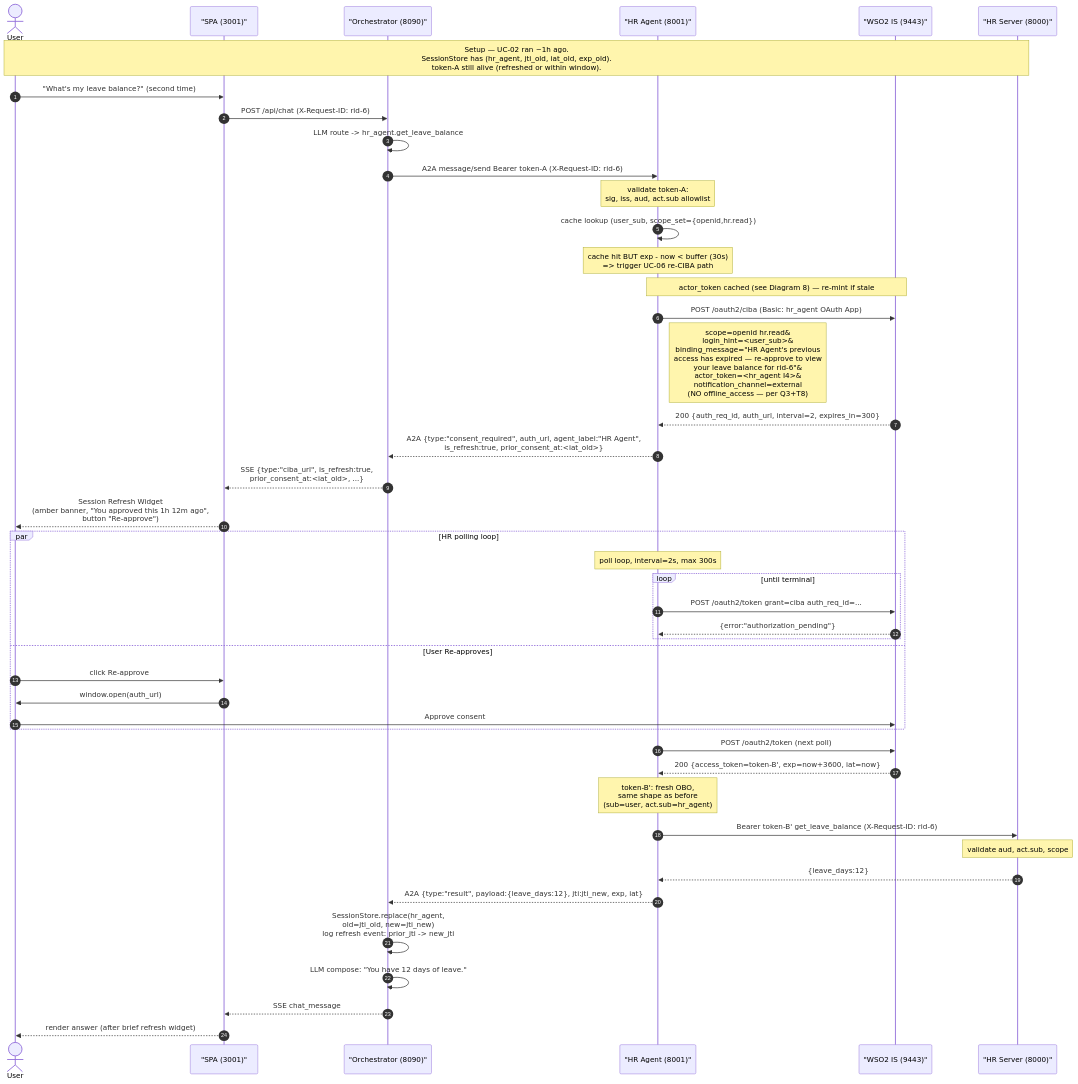
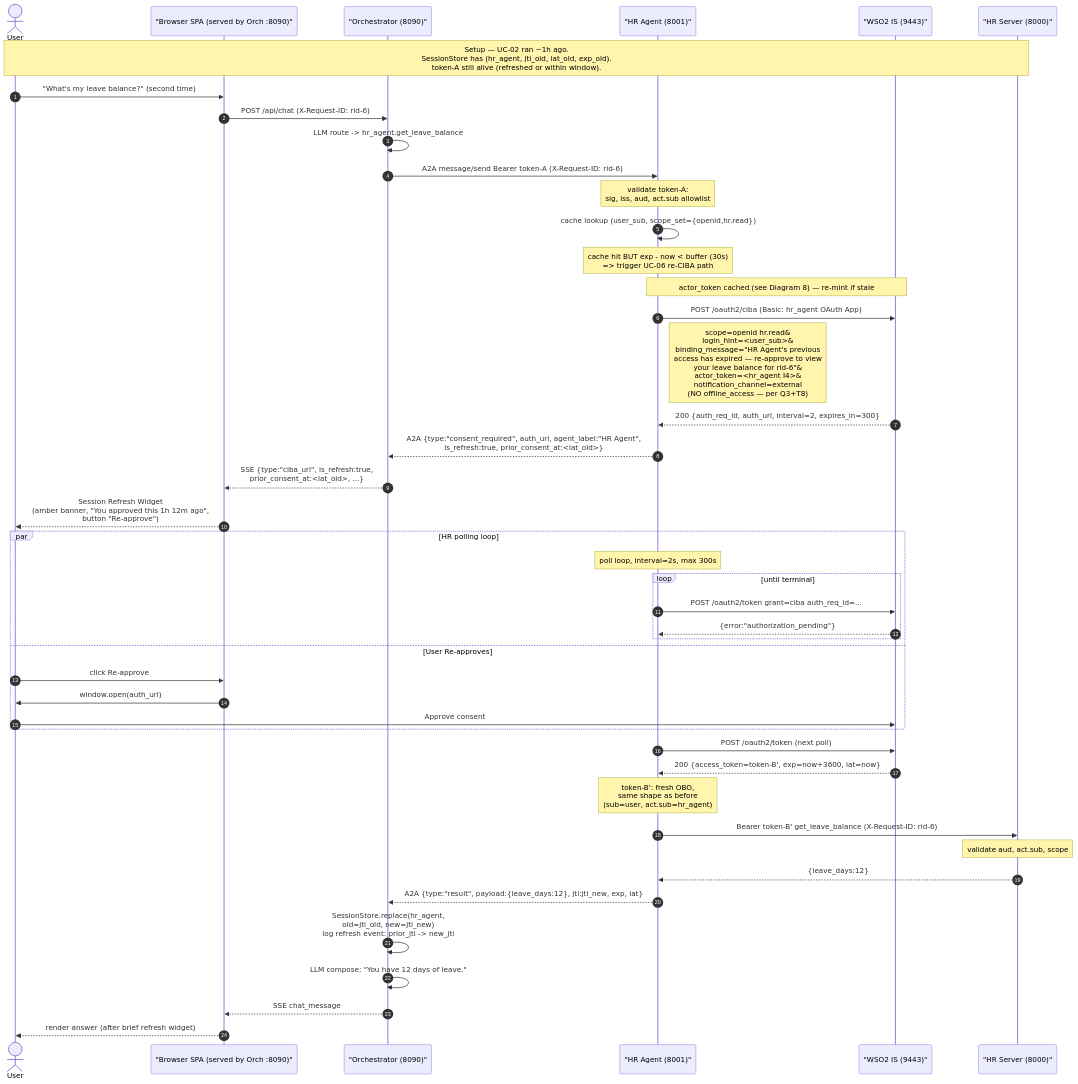
One commit to ramith/smart-employee-assistant-ai-demo changed the sixth of 8 diagrams in docs/architecture/sequence-diagrams.md. Above: the diagram before and after it, drawn with Mermaid. The commit also changed other lines of this file and 27 other files, not shown here.

````diff
--- a/docs/architecture/sequence-diagrams.md
+++ b/docs/architecture/sequence-diagrams.md
@@ -342,56 +342,56 @@
 ```mermaid
 sequenceDiagram
     autonumber
     actor User
-    participant SPA as "SPA (3001)"
+    participant SPA as "Browser SPA (served by Orch :8090)"
     participant Orch as "Orchestrator (8090)"
     participant HR as "HR Agent (8001)"
     participant IS as "WSO2 IS (9443)"
     participant HR-MCP as "HR Server (8000)"
 
     Note over User,HR-MCP: Setup — UC-02 ran ~1h ago.<br/>SessionStore has (hr_agent, jti_old, iat_old, exp_old).<br/>token-A still alive (refreshed or within window).
 
     User->>SPA: "What's my leave balance?" (second time)
     SPA->>Orch: POST /api/chat (X-Request-ID: rid-6)
     Orch->>Orch: LLM route -> hr_agent.get_leave_balance
     Orch->>HR: A2A message/send Bearer token-A (X-Request-ID: rid-6)
     Note over HR: validate token-A:<br/>sig, iss, aud, act.sub allowlist
 
     HR->>HR: cache lookup (user_sub, scope_set={openid,hr.read})
     Note over HR: cache hit BUT exp - now < buffer (30s)<br/>=> trigger UC-06 re-CIBA path
 
     Note over HR,IS: actor_token cached (see Diagram 8) — re-mint if stale
 
     HR->>IS: POST /oauth2/ciba (Basic: hr_agent OAuth App)
     Note right of HR: scope=openid hr.read&<br/>login_hint=<user_sub>&<br/>binding_message="HR Agent's previous<br/>access has expired — re-approve to view<br/>your leave balance for rid-6"&<br/>actor_token=<hr_agent I4>&<br/>notification_channel=external<br/>(NO offline_access — per Q3+T8)
     IS-->>HR: 200 {auth_req_id, auth_url, interval=2, expires_in=300}
 
     HR-->>Orch: A2A {type:"consent_required", auth_url, agent_label:"HR Agent",<br/>is_refresh:true, prior_consent_at:<iat_old>}
     Orch-->>SPA: SSE {type:"ciba_url", is_refresh:true,<br/>prior_consent_at:<iat_old>, ...}
     SPA-->>User: Session Refresh Widget<br/>(amber banner, "You approved this 1h 12m ago",<br/>button "Re-approve")
 
     par HR polling loop
         Note over HR: poll loop, interval=2s, max 300s
         loop until terminal
             HR->>IS: POST /oauth2/token grant=ciba auth_req_id=...
             IS-->>HR: {error:"authorization_pending"}
         end
     and User Re-approves
         User->>SPA: click Re-approve
         SPA->>User: window.open(auth_url)
         User->>IS: Approve consent
     end
 
     HR->>IS: POST /oauth2/token (next poll)
     IS-->>HR: 200 {access_token=token-B', exp=now+3600, iat=now}
     Note over HR: token-B': fresh OBO,<br/>same shape as before<br/>(sub=user, act.sub=hr_agent)
 
     HR->>HR-MCP: Bearer token-B' get_leave_balance (X-Request-ID: rid-6)
     Note over HR-MCP: validate aud, act.sub, scope
     HR-MCP-->>HR: {leave_days:12}
     HR-->>Orch: A2A {type:"result", payload:{leave_days:12}, jti:jti_new, exp, iat}
     Orch->>Orch: SessionStore.replace(hr_agent,<br/>old=jti_old, new=jti_new)<br/>log refresh event: prior_jti -> new_jti
     Orch->>Orch: LLM compose: "You have 12 days of leave."
     Orch-->>SPA: SSE chat_message
     SPA-->>User: render answer (after brief refresh widget)
 ```
````
